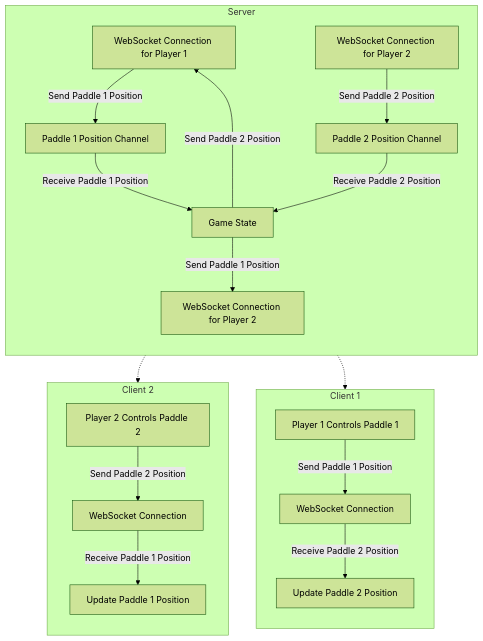
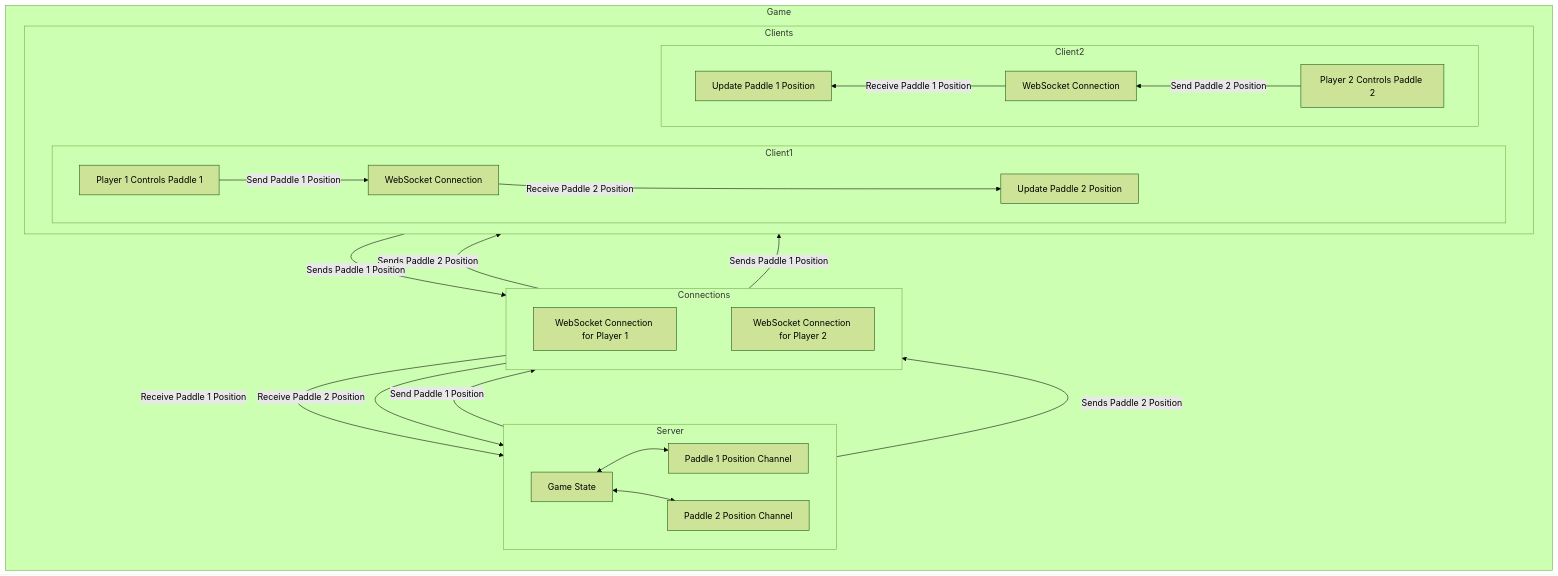
The diagram in app/pong_service/websocket.md (nscheefe/transcendence), drawn with Mermaid (forest theme) before and after one commit. The commit also changed other lines of this file and 2 other files, not shown here.

Commit message:
[pong_service] Docs: Enhance Documentation and add Sequence diagramm for inter domain overview

````diff
--- a/app/pong_service/websocket.md
+++ b/app/pong_service/websocket.md
@@ -1,28 +2,51 @@
 ```mermaid
 flowchart TD
-    subgraph Server
+    subgraph Game
+    direction TB
+    Server ~~~ Connections ~~~ Clients
+        subgraph Server
+            direction TB
+            A[Game State]
+            A<-->B
+            A<-->C
+            direction LR
+            B[Paddle 1 Position Channel]
+            C[Paddle 2 Position Channel]
+            B ~~~ A ~~~ C
+        end
         direction TB
-        A[WebSocket Connection for Player 1] -->|Send Paddle 1 Position| B[Paddle 1 Position Channel]
-        B -->|Receive Paddle 1 Position| C[Game State]
-        C -->|Send Paddle 1 Position| D[WebSocket Connection for Player 2]
-
-        E[WebSocket Connection for Player 2] -->|Send Paddle 2 Position| F[Paddle 2 Position Channel]
+        B -->|Send Paddle 1 Position| F
+        C -->|Sends Paddle 2 Position| E
+        subgraph Connections
+            direction LR
+            E[WebSocket Connection for Player 1] ~~~ F[WebSocket Connection for Player 2]
+        end
+        direction TB
+        F-->|Sends Paddle 1 Position| K
+        E -->|Sends Paddle 2 Position| H
+        direction BT
+        H -->|Sends Paddle 1 Position| E
+        E -->|Receive Paddle 1 Position| B
         F -->|Receive Paddle 2 Position| C
-        C -->|Send Paddle 2 Position| A
+    direction TB
+        Server ~~~ Connections ~~~ Clients
+        subgraph Clients
+            direction LR
+            Client1 ~~~ Client2
+            subgraph Client1
+                G[Player 1 Controls Paddle 1]-->|Send Paddle 1 Position| H
+                H[WebSocket Connection]-->|Receive Paddle 2 Position| I
+                I[Update Paddle 2 Position]
+            end
+            subgraph Client2
+                direction RL
+                J[Player 2 Controls Paddle 2]-->|Send Paddle 2 Position| K
+                K[WebSocket Connection]-->|Receive Paddle 1 Position| L
+                L[Update Paddle 1 Position]
+            end
+        end
+    direction LR
+    Client1 ~~~ Connections ~~~Client2
+    direction TB
     end
-
-    subgraph Client 1
-        direction TB
-        G[Player 1 Controls Paddle 1] -->|Send Paddle 1 Position| H[WebSocket Connection]
-        H -->|Receive Paddle 2 Position| I[Update Paddle 2 Position]
-    end
-
-    subgraph Client 2
-        direction TB
-        J[Player 2 Controls Paddle 2] -->|Send Paddle 2 Position| K[WebSocket Connection]
-        K -->|Receive Paddle 1 Position| L[Update Paddle 1 Position]
-    end
-
-    A -.-> H
-    D -.-> K
 ```
````
